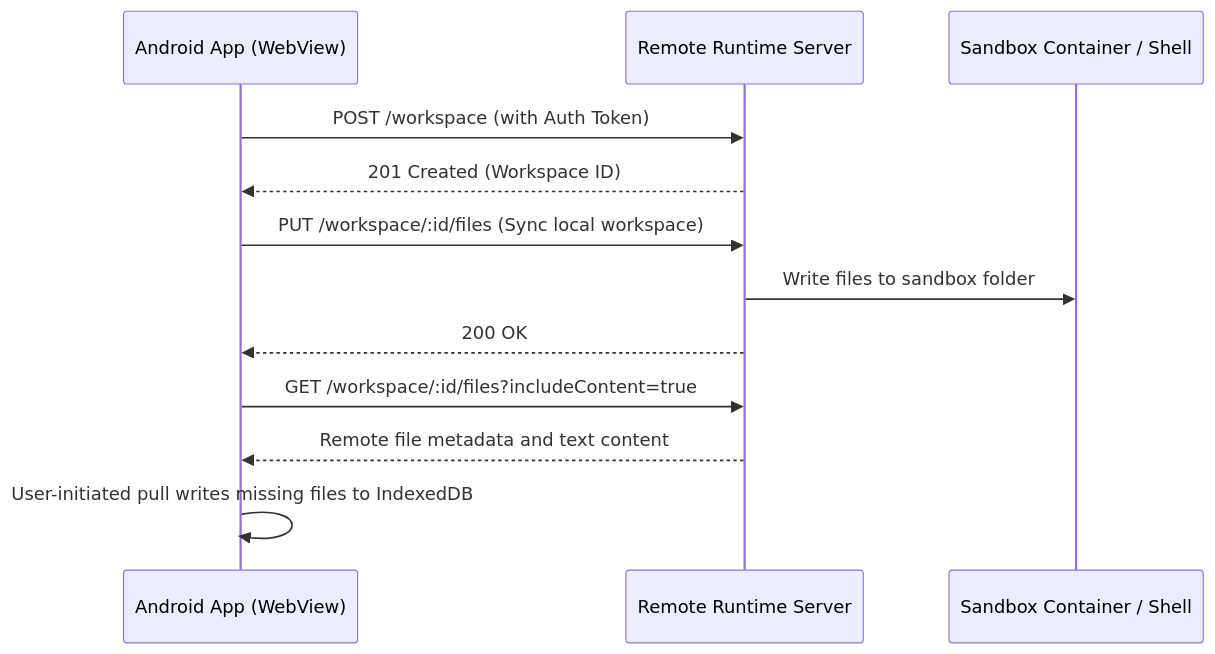
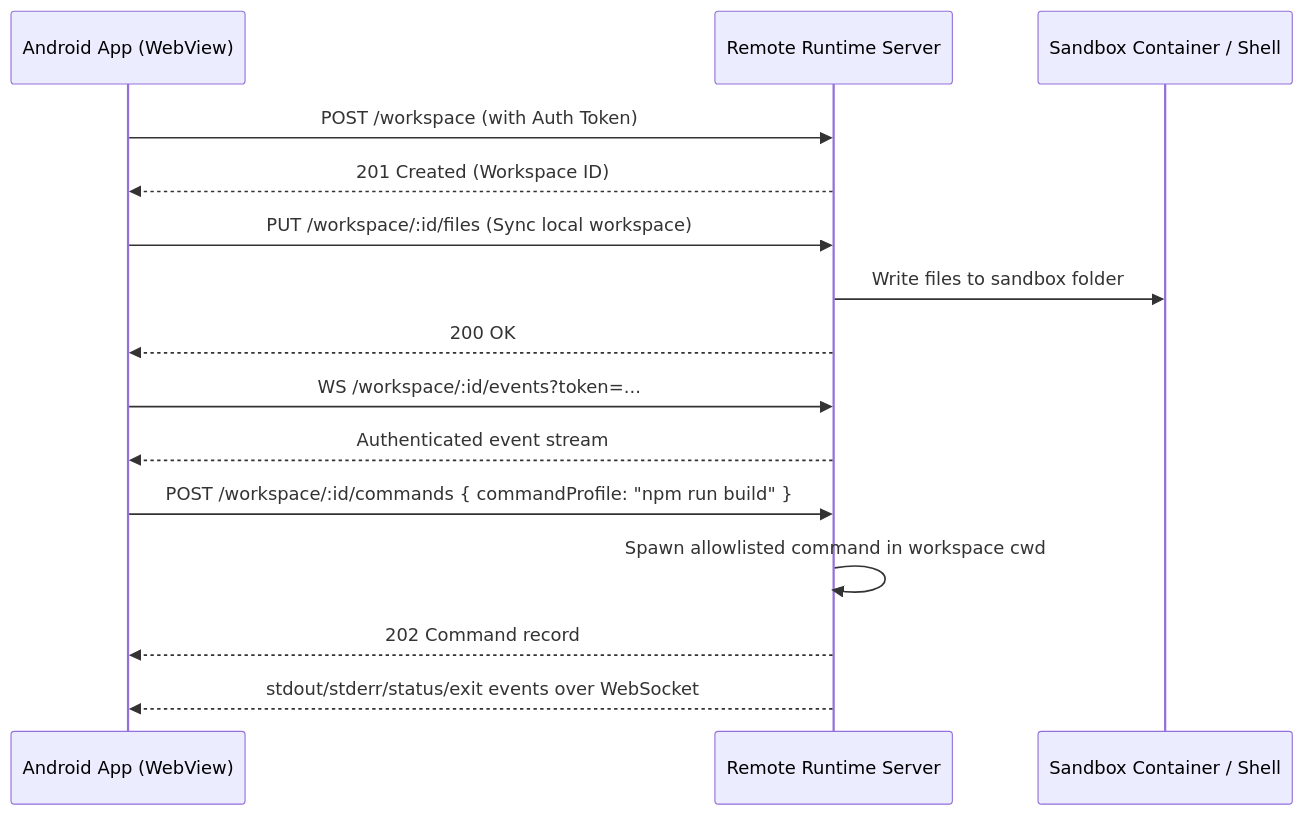
One commit to mertgoevse-wq/bolt-diy-android changed the diagram in docs/REMOTE_RUNTIME.md. Above: the diagram before and after it, drawn with Mermaid. The commit also changed other lines of this file and 9 other files, not shown here.

Commit message:
feat: add safe remote command execution

````diff
--- a/docs/REMOTE_RUNTIME.md
+++ b/docs/REMOTE_RUNTIME.md
@@ -11,17 +11,21 @@
 ```mermaid
 sequenceDiagram
     participant App as Android App (WebView)
     participant Server as Remote Runtime Server
     participant Docker as Sandbox Container / Shell
 
     App->>Server: POST /workspace (with Auth Token)
     Server-->>App: 201 Created (Workspace ID)
     
     App->>Server: PUT /workspace/:id/files (Sync local workspace)
     Server->>Docker: Write files to sandbox folder
     Server-->>App: 200 OK
 
-    App->>Server: GET /workspace/:id/files?includeContent=true
-    Server-->>App: Remote file metadata and text content
-    App->>App: User-initiated pull writes missing files to IndexedDB
+    App->>Server: WS /workspace/:id/events?token=...
+    Server-->>App: Authenticated event stream
+
+    App->>Server: POST /workspace/:id/commands { commandProfile: "npm run build" }
+    Server->>Server: Spawn allowlisted command in workspace cwd
+    Server-->>App: 202 Command record
+    Server-->>App: stdout/stderr/status/exit events over WebSocket
 ```
````
